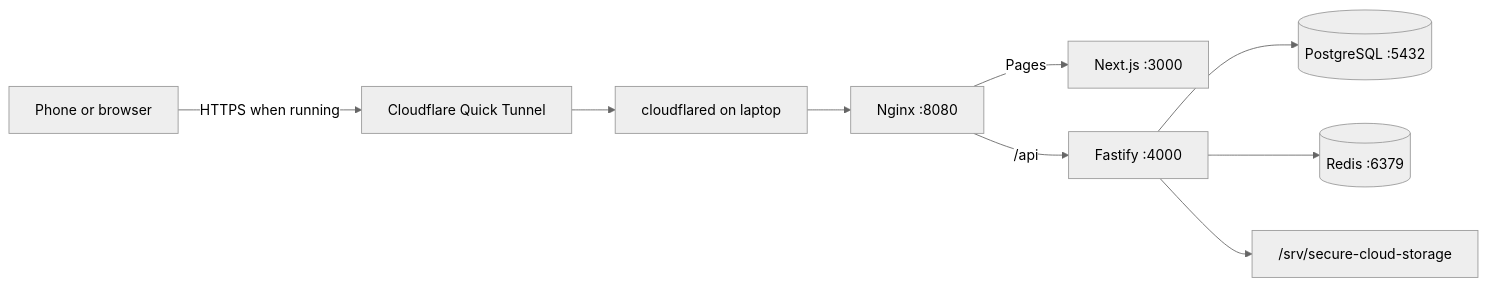
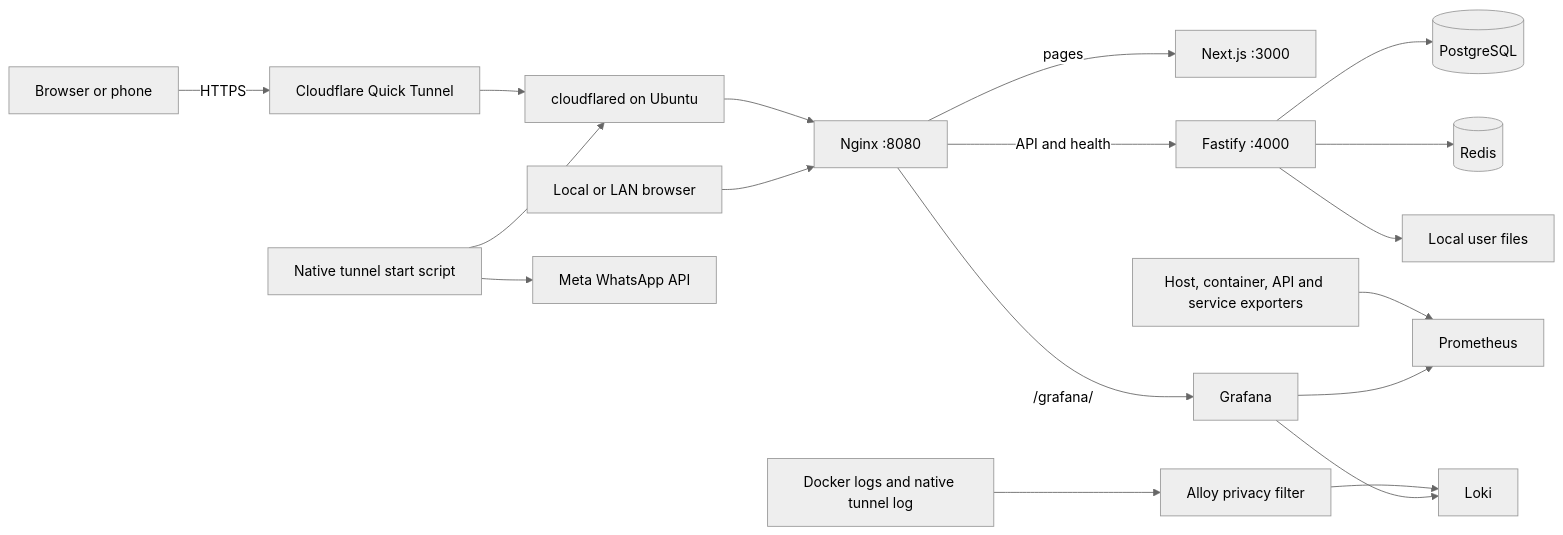
Before and after one commit to Aneeb-Kashif2/private-cloud: the diagram in PROJECT_OVERVIEW.md, drawn with Mermaid (neutral theme). The commit also changed other lines of this file and 28 other files, not shown here.

````diff
--- a/PROJECT_OVERVIEW.md
+++ b/PROJECT_OVERVIEW.md
@@ -9,11 +12,20 @@
 ```mermaid
 flowchart LR
-    Phone[Phone or browser] -->|HTTPS when running| CF[Cloudflare Quick Tunnel]
-    CF --> Tunnel[cloudflared on laptop]
-    Tunnel --> N[Nginx :8080]
-    N -->|Pages| F[Next.js :3000]
-    N -->|/api| A[Fastify :4000]
-    A --> P[(PostgreSQL :5432)]
-    A --> R[(Redis :6379)]
-    A --> D["/srv/secure-cloud-storage"]
+    Phone[Browser or phone] -->|HTTPS| CF[Cloudflare Quick Tunnel]
+    CF --> T[cloudflared on Ubuntu]
+    T --> N[Nginx :8080]
+    LAN[Local or LAN browser] --> N
+    N -->|pages| F[Next.js :3000]
+    N -->|API and health| A[Fastify :4000]
+    A --> DB[(PostgreSQL)]
+    A --> R[(Redis)]
+    A --> D[Local user files]
+    N -->|/grafana/| G[Grafana]
+    Metrics[Host, container, API and service exporters] --> P[Prometheus]
+    Logs[Docker logs and native tunnel log] --> Alloy[Alloy privacy filter]
+    Alloy --> L[Loki]
+    G --> P
+    G --> L
+    Start[Native tunnel start script] --> T
+    Start --> WA[Meta WhatsApp API]
 ```
````
